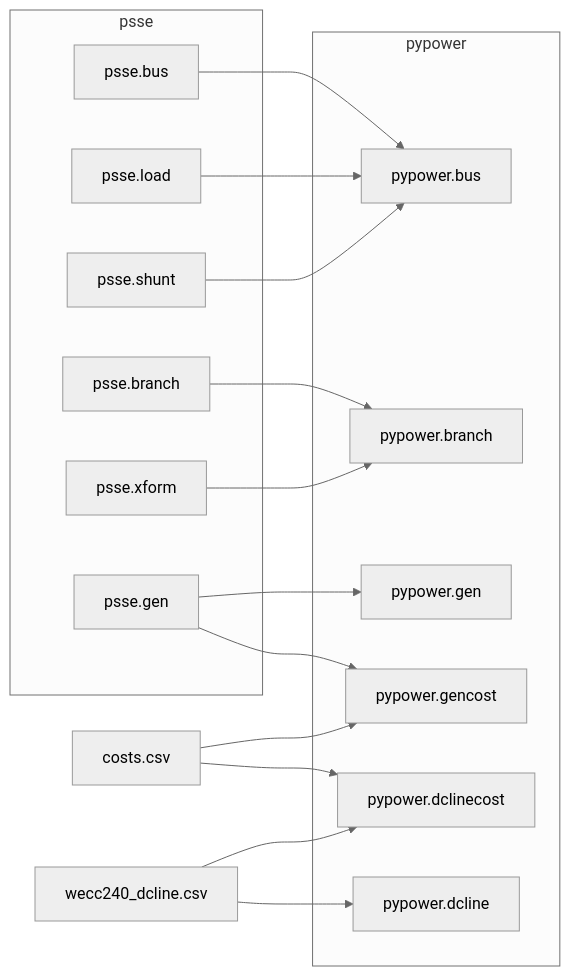
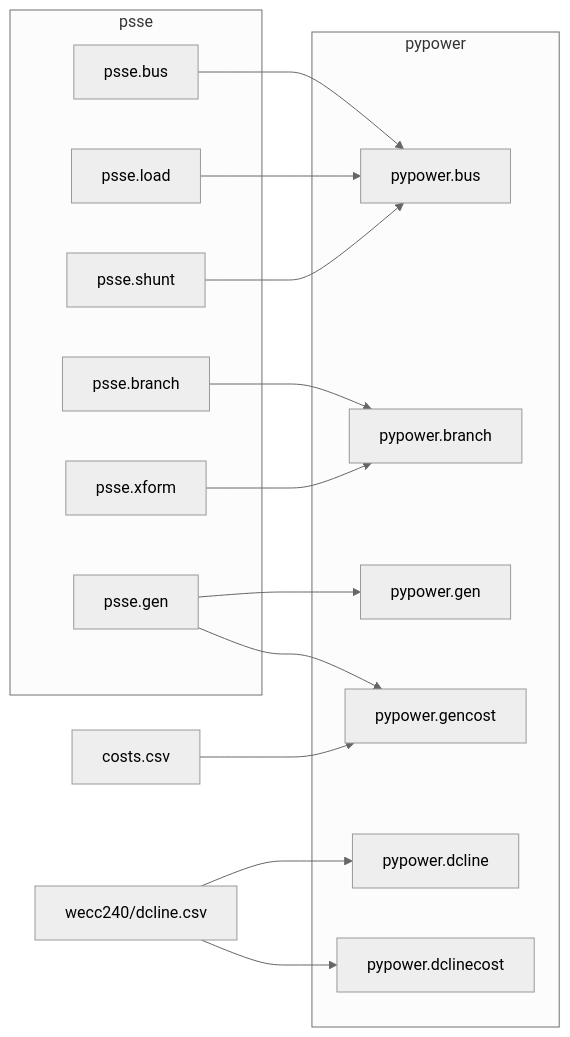
The third of 5 diagrams in pypower/README.md (slacgismo/regrow), drawn with Mermaid (neutral theme) before and after one commit. The commit also changed other lines of this file, not shown here.

````diff
--- a/pypower/README.md
+++ b/pypower/README.md
@@ -133,35 +135,34 @@
 ```mermaid
 flowchart LR
 
     psse.bus --> pypower.bus
     psse.load --> pypower.bus
     psse.shunt --> pypower.bus
     
     psse.branch --> pypower.branch
     psse.xform --> pypower.branch
 
     psse.gen --> pypower.gen
     psse.gen --> pypower.gencost
 
     subgraph psse
         psse.branch
         psse.xform
         psse.bus
         psse.load
         psse.shunt
         psse.gen
     end
 
     subgraph pypower
         pypower.branch
         pypower.bus
         pypower.gen
         pypower.gencost
         pypower.dcline
         pypower.dclinecost
     end
     costs.csv --> pypower.gencost
-    costs.csv --> pypower.dclinecost
-    wecc240_dcline.csv --> pypower.dclinecost
-    wecc240_dcline.csv --> pypower.dcline
+    wecc240/dcline.csv --> pypower.dclinecost
+    wecc240/dcline.csv --> pypower.dcline
 ```
````
